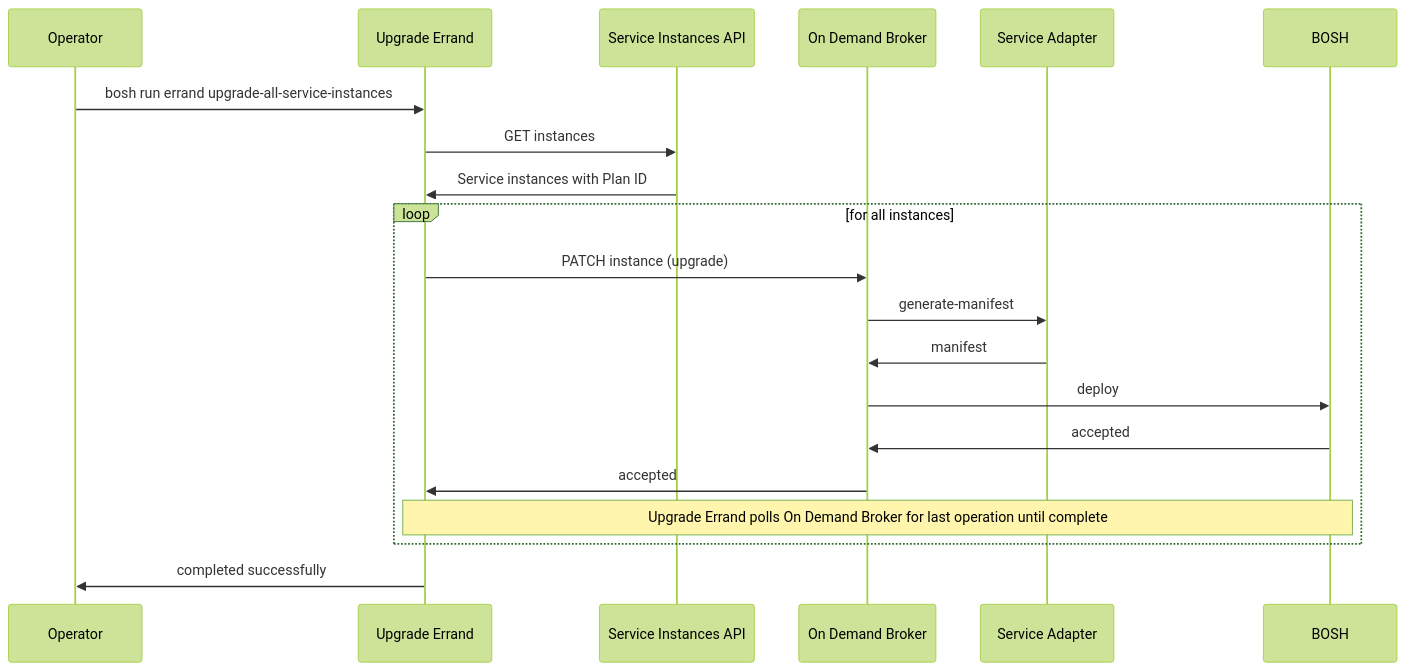
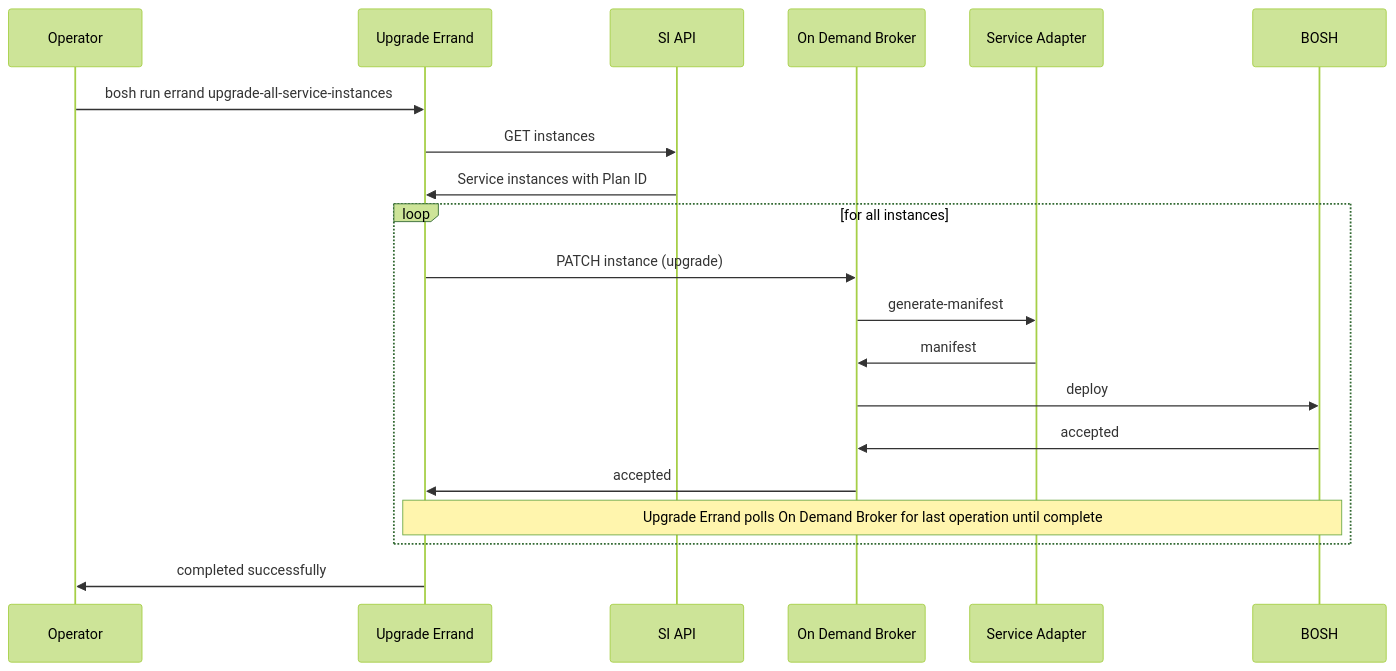
The diagram in mmd/upgrade_all_instances_with_si_api_workflow.mmd (pivotal-cf/docs-on-demand-service-broker), drawn with Mermaid (forest theme) before and after one commit. The commit also changed 7 other files, not shown here.

Commit message:
Standardise terms in mermaid diagrams [#162307186]

```diff
--- a/mmd/upgrade_all_instances_with_si_api_workflow.mmd
+++ b/mmd/upgrade_all_instances_with_si_api_workflow.mmd
@@ -1,16 +1,16 @@
 <div class="mermaid">
 sequenceDiagram
   Operator->>Upgrade Errand:bosh run errand upgrade-all-service-instances
-  Upgrade Errand->>Service Instances API:GET instances
-  Service Instances API->>Upgrade Errand:Service instances with Plan ID
+  Upgrade Errand->>SI API:GET instances
+  SI API->>Upgrade Errand:Service instances with Plan ID
   loop for all instances
     Upgrade Errand->>On Demand Broker: PATCH instance (upgrade)
     On Demand Broker->>Service Adapter: generate-manifest
     Service Adapter->>On Demand Broker: manifest
     On Demand Broker->>BOSH: deploy
     BOSH->>On Demand Broker: accepted
     On Demand Broker->>Upgrade Errand: accepted
     Note over Upgrade Errand,BOSH: Upgrade Errand polls On Demand Broker for last operation until complete
   end
   Upgrade Errand->>Operator:completed successfully
 </div>
```
